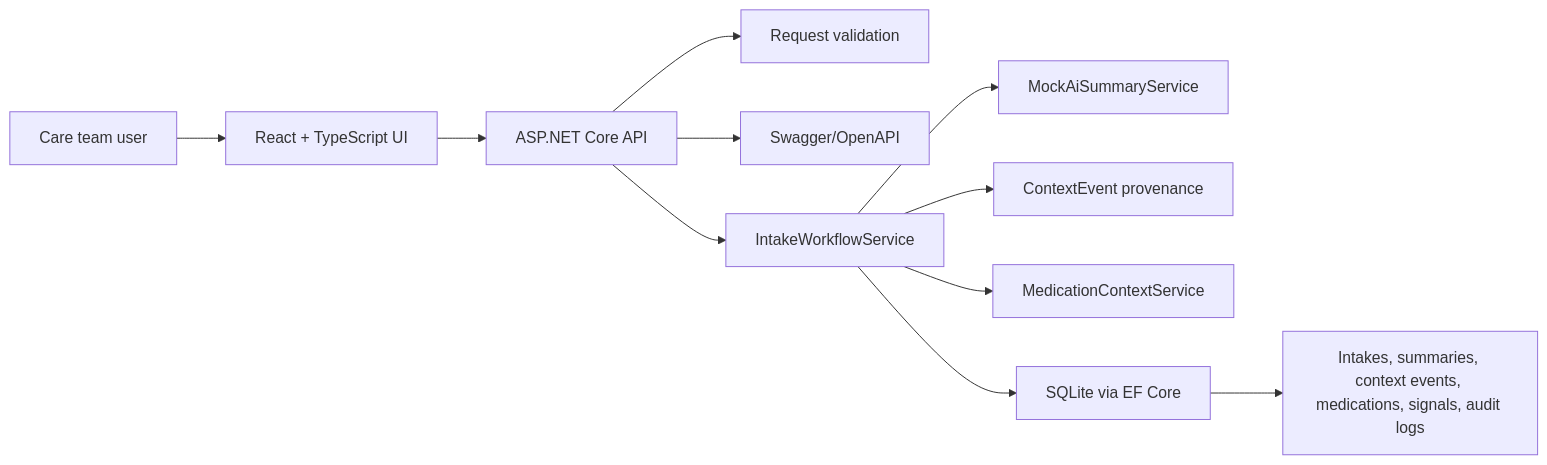
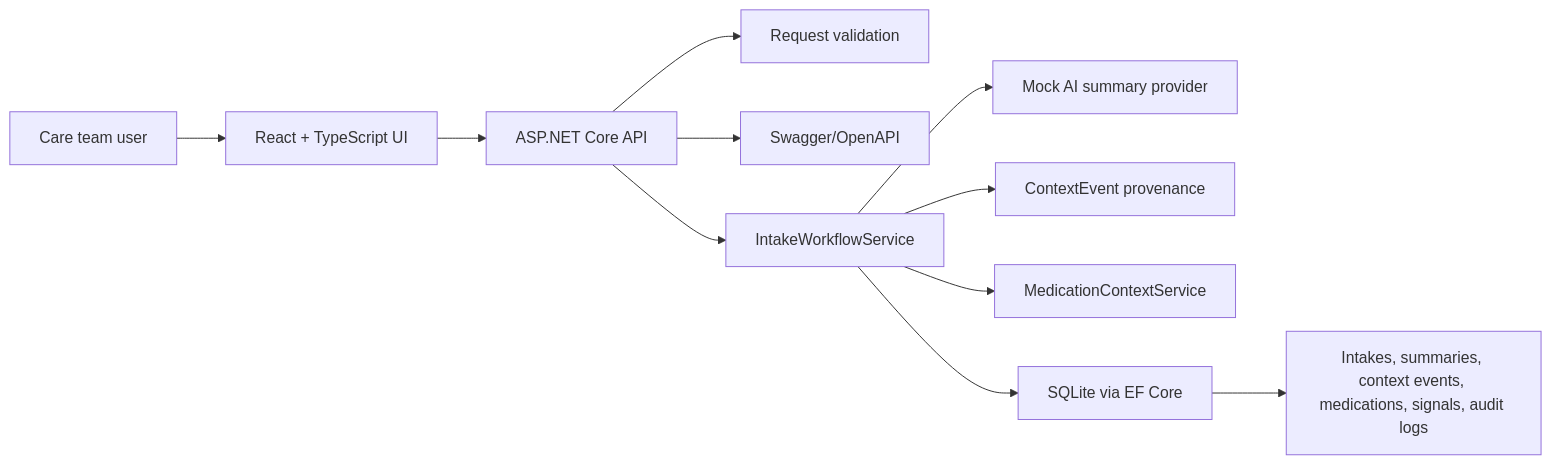
The diagram in README.md (Pharmacist65/clinical-intake-ai-workflow), drawn with Mermaid before and after one commit. The commit also changed other lines of this file and 13 other files, not shown here.

Commit message:
Add mock-first AI provider boundary

````diff
--- a/README.md
+++ b/README.md
@@ -88,13 +88,13 @@
 ```mermaid
 flowchart LR
     User["Care team user"] --> Frontend["React + TypeScript UI"]
     Frontend --> Api["ASP.NET Core API"]
     Api --> Validation["Request validation"]
     Api --> Docs["Swagger/OpenAPI"]
     Api --> Workflow["IntakeWorkflowService"]
-    Workflow --> MockAI["MockAiSummaryService"]
+    Workflow --> MockAI["Mock AI summary provider"]
     Workflow --> Context["ContextEvent provenance"]
     Workflow --> Pharmacy["MedicationContextService"]
     Workflow --> SQLite["SQLite via EF Core"]
     SQLite --> Records["Intakes, summaries, context events, medications, signals, audit logs"]
 ```
````
